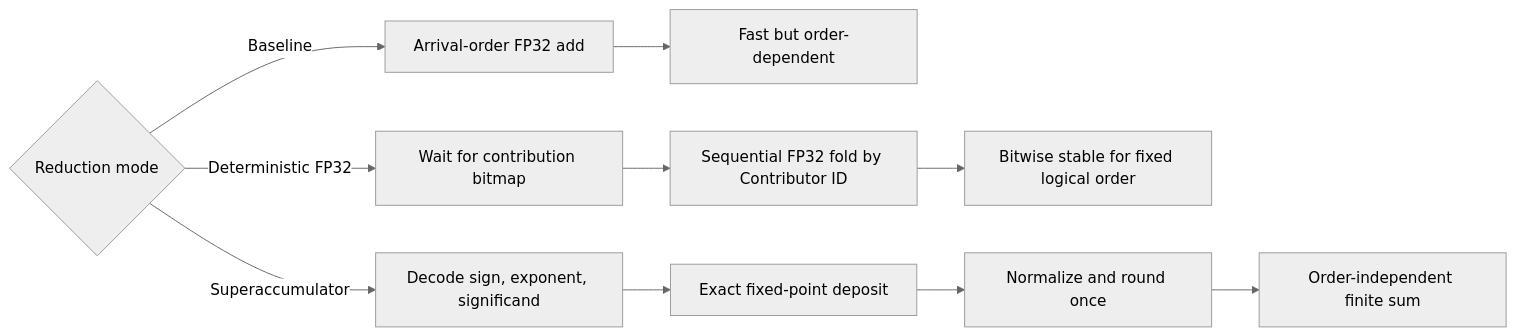
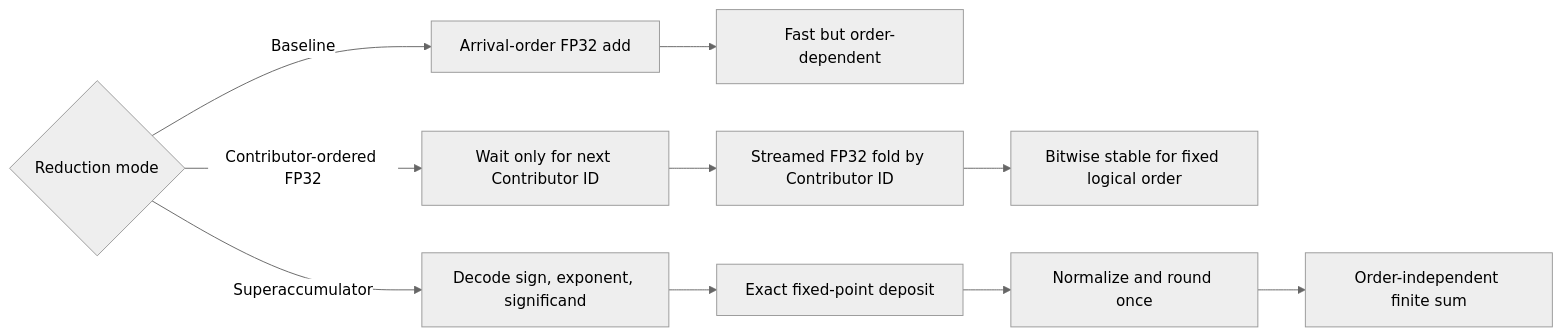
One commit to uniquadev/prism changed the diagram in docs/chapters/1-introduction/reproducibility.md. Above: the diagram before and after it, drawn with Mermaid (neutral theme). The commit also changed other lines of this file and 48 other files, not shown here.

````diff
--- a/docs/chapters/1-introduction/reproducibility.md
+++ b/docs/chapters/1-introduction/reproducibility.md
@@ -24,16 +24,16 @@
 ```mermaid
 flowchart LR
     S{Reduction mode}
 
     S -->|Baseline| B[Arrival-order FP32 add]
     B --> O1[Fast but order-dependent]
 
-    S -->|Deterministic FP32| C[Wait for contribution bitmap]
-    C --> D[Sequential FP32 fold by Contributor ID]
+    S -->|Contributor-ordered FP32| C[Wait only for next Contributor ID]
+    C --> D[Streamed FP32 fold by Contributor ID]
     D --> O2[Bitwise stable for fixed logical order]
 
     S -->|Superaccumulator| E[Decode sign, exponent, significand]
     E --> F[Exact fixed-point deposit]
     F --> G[Normalize and round once]
     G --> O3[Order-independent finite sum]
 ```
````
